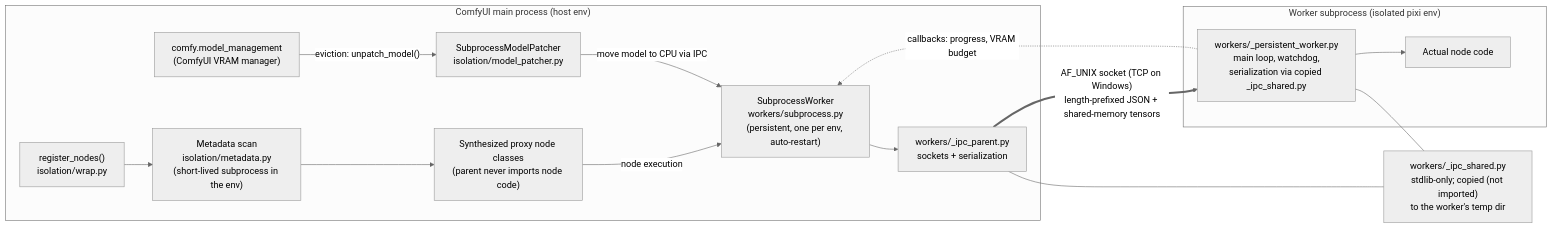
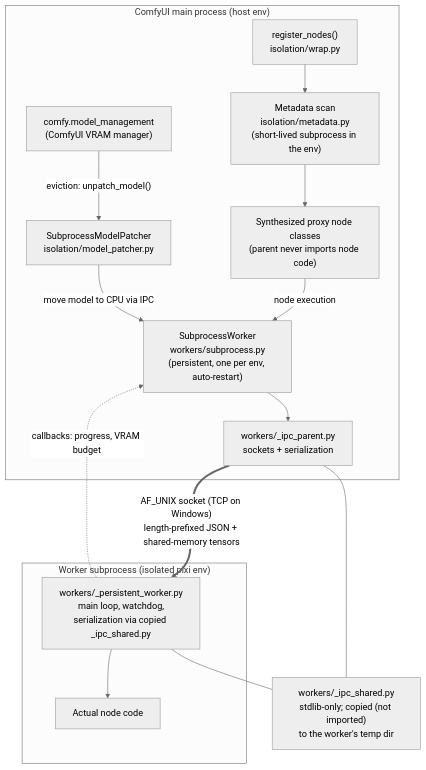
Before and after one commit to Comfy-Forge/comfy-forge-docs: the fourth of 4 diagrams in docs/comfy-env/index.md, drawn with Mermaid (neutral theme). The commit also changed other lines of this file, not shown here.

Commit message:
docs: make the two system/runtime diagrams top-down (flowchart TD)

````diff
--- a/docs/comfy-env/index.md
+++ b/docs/comfy-env/index.md
@@ -475,30 +475,30 @@
 ```mermaid
-flowchart LR
+flowchart TD
     subgraph parent["ComfyUI main process (host env)"]
         reg["register_nodes()<br/>isolation/wrap.py"]
         meta["Metadata scan<br/>isolation/metadata.py<br/>(short-lived subprocess in the env)"]
         proxy["Synthesized proxy node classes<br/>(parent never imports node code)"]
         sw["SubprocessWorker<br/>workers/subprocess.py<br/>(persistent, one per env, auto-restart)"]
         ipcp["workers/_ipc_parent.py<br/>sockets + serialization"]
         mp["SubprocessModelPatcher<br/>isolation/model_patcher.py"]
         mm["comfy.model_management<br/>(ComfyUI VRAM manager)"]
         reg --> meta --> proxy
         proxy -->|"node execution"| sw
         sw --> ipcp
         mm -->|"eviction: unpatch_model()"| mp
         mp -->|"move model to CPU via IPC"| sw
     end
 
     subgraph wp["Worker subprocess (isolated pixi env)"]
         pw["workers/_persistent_worker.py<br/>main loop, watchdog,<br/>serialization via copied _ipc_shared.py"]
         node["Actual node code"]
         pw --> node
     end
 
     shared["workers/_ipc_shared.py<br/>stdlib-only; copied (not imported)<br/>to the worker's temp dir"]
 
     ipcp ==>|"AF_UNIX socket (TCP on Windows)<br/>length-prefixed JSON + shared-memory tensors"| pw
     pw -.->|"callbacks: progress, VRAM budget"| sw
     ipcp --- shared
     pw --- shared
 ```
````
